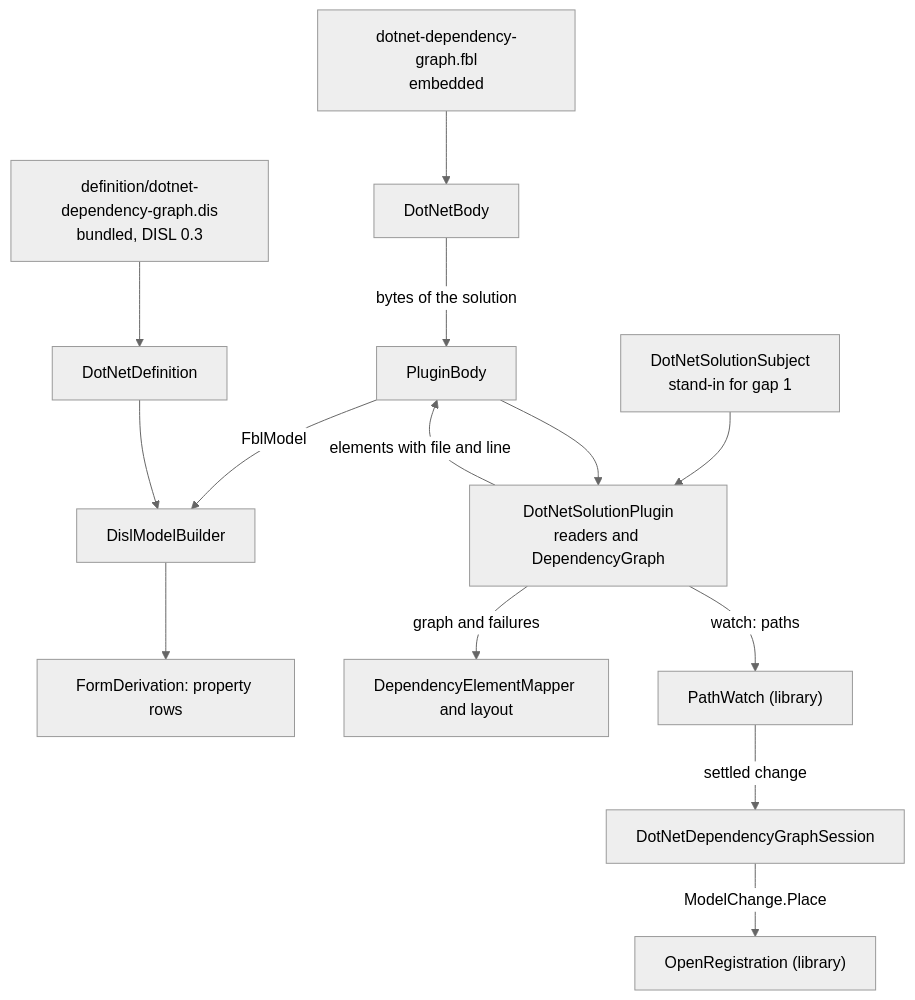
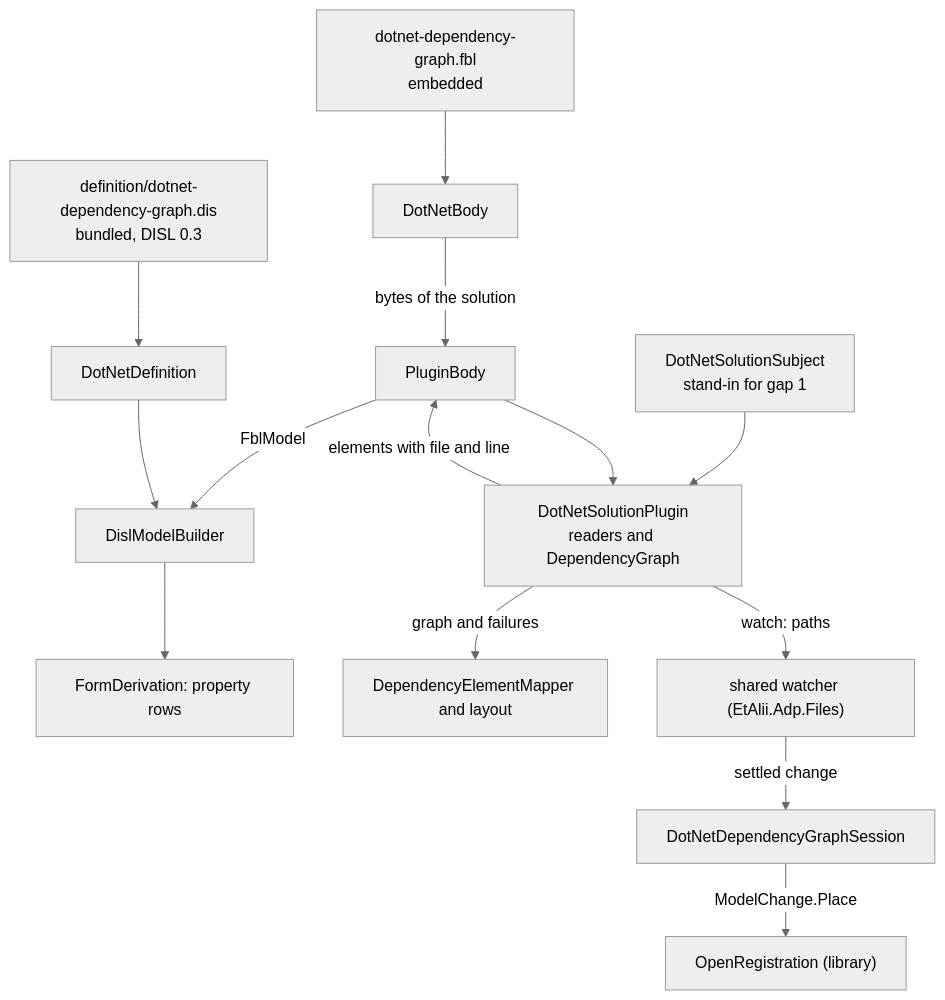
The diagram in .spec-workflow/specs/dotnet-dependency-graph-disl-fbl/design.md (etalii-adp/etalii.adp.ide.standalone), drawn with Mermaid (neutral theme) before and after one commit. The commit also changed other lines of this file and 1 other file, not shown here.

First line of the commit message:
dotnet-dependency-graph-disl-fbl: watch through the shared watcher, not a PathWatch in the library

````diff
--- a/.spec-workflow/specs/dotnet-dependency-graph-disl-fbl/design.md
+++ b/.spec-workflow/specs/dotnet-dependency-graph-disl-fbl/design.md
@@ -52,16 +52,16 @@
 ```mermaid
 graph TD
     Dis["definition/dotnet-dependency-graph.dis<br/>bundled, DISL 0.3"] --> Def[DotNetDefinition]
     Fbl["dotnet-dependency-graph.fbl<br/>embedded"] --> Body[DotNetBody]
     Subject["DotNetSolutionSubject<br/>stand-in for gap 1"] --> Plugin["DotNetSolutionPlugin<br/>readers and DependencyGraph"]
     Body -->|"bytes of the solution"| PB[PluginBody]
     PB --> Plugin
     Plugin -->|"elements with file and line"| PB
     PB -->|FblModel| Builder[DislModelBuilder]
     Def --> Builder
     Builder --> Rows["FormDerivation: property rows"]
     Plugin -->|"graph and failures"| Mapper["DependencyElementMapper and layout"]
-    Plugin -->|"watch: paths"| Watch["PathWatch (library)"]
+    Plugin -->|"watch: paths"| Watch["shared watcher (EtAlii.Adp.Files)"]
     Watch -->|"settled change"| Session[DotNetDependencyGraphSession]
     Session -->|"ModelChange.Place"| Reg["OpenRegistration (library)"]
 ```
````
